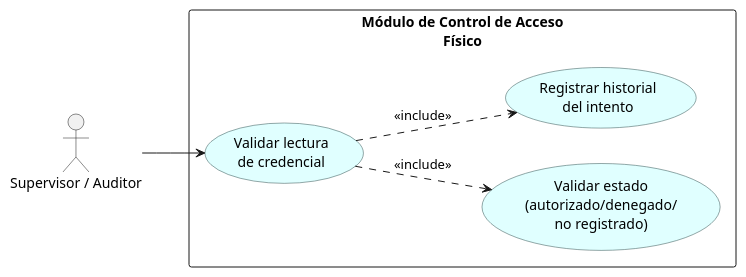
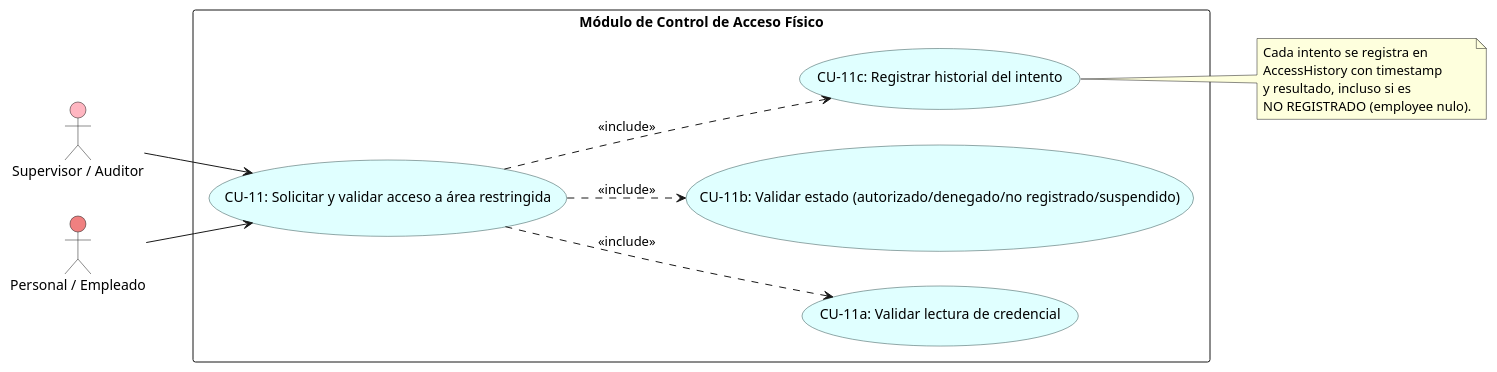
The diagram in docs/diagramas/casos_uso/05_modulo_control_acceso_fisico.puml (ElianMMCode/Zone-Control), drawn with PlantUML before and after one commit. The commit also changed 7 other files, not shown here.

```diff
--- a/docs/diagramas/casos_uso/05_modulo_control_acceso_fisico.puml
+++ b/docs/diagramas/casos_uso/05_modulo_control_acceso_fisico.puml
@@ -1,22 +1,33 @@
 @startuml
 skinparam usecase {
     BackgroundColor LightCyan
     BorderColor DarkSlateGray
 }
 skinparam packageStyle rectangle
 left to right direction
 
-actor "Supervisor / Auditor" as Sup
+actor "Supervisor / Auditor" as Sup #LightPink
+actor "Personal / Empleado" as Emp #LightCoral
 
-package "Módulo de Control de Acceso\nFísico" {
-    usecase "Validar lectura\nde credencial" as UC_Acc1
-    usecase "Validar estado\n(autorizado/denegado/\nno registrado)" as UC_Acc2
-    usecase "Registrar historial\ndel intento" as UC_Acc3
+package "Módulo de Control de Acceso Físico" {
+    usecase "CU-11: Solicitar y validar acceso a área restringida" as UC_Acc1
+    usecase "CU-11a: Validar lectura de credencial" as UC_Acc2
+    usecase "CU-11b: Validar estado (autorizado/denegado/no registrado/suspendido)" as UC_Acc3
+    usecase "CU-11c: Registrar historial del intento" as UC_Acc4
 
     UC_Acc1 ..> UC_Acc2 : <<include>>
     UC_Acc1 ..> UC_Acc3 : <<include>>
+    UC_Acc1 ..> UC_Acc4 : <<include>>
 }
 
 Sup --> UC_Acc1
+Emp --> UC_Acc1
+
+note right of UC_Acc4
+  Cada intento se registra en
+  AccessHistory con timestamp
+  y resultado, incluso si es
+  NO REGISTRADO (employee nulo).
+end note
 
 @enduml
```
